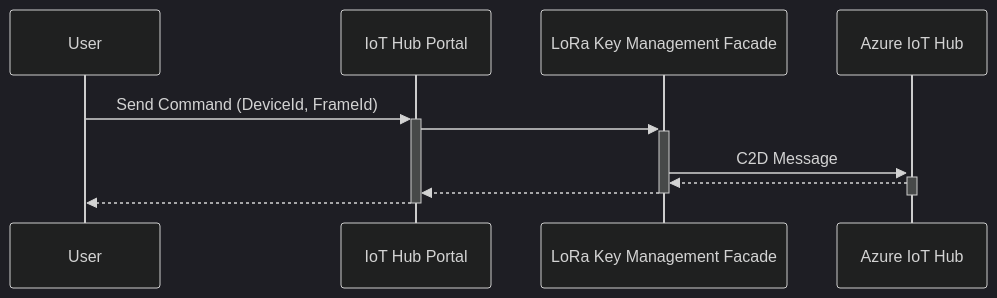
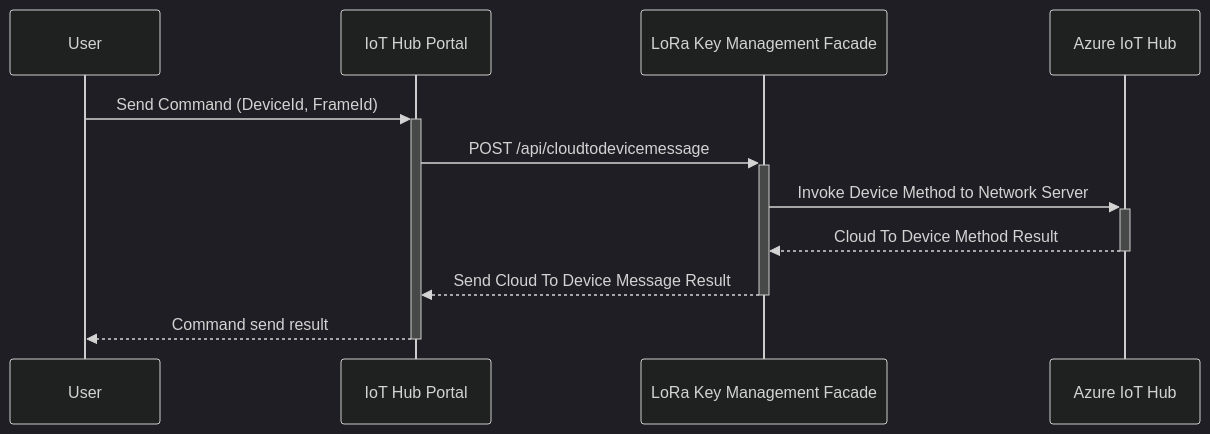
The diagram in concepts.md (CGI-FR/IoT-Hub-Portal), drawn with Mermaid (dark theme) before and after one commit.

Commit message:
Update Device command flow diagram

```diff
--- a/concepts.md
+++ b/concepts.md
@@ -183,9 +183,9 @@
 <div class="mermaid">
 sequenceDiagram
     User->>+IoT Hub Portal: Send Command (DeviceId, FrameId)
-    IoT Hub Portal->>+LoRa Key Management Facade: 
-    LoRa Key Management Facade->>+Azure IoT Hub: C2D Message
-    Azure IoT Hub-->>-LoRa Key Management Facade: 
-    LoRa Key Management Facade-->>-IoT Hub Portal: 
-    IoT Hub Portal-->>-User: 
+    IoT Hub Portal->>+LoRa Key Management Facade: POST /api/cloudtodevicemessage
+    LoRa Key Management Facade->>+Azure IoT Hub: Invoke Device Method to Network Server
+    Azure IoT Hub-->>-LoRa Key Management Facade: Cloud To Device Method Result
+    LoRa Key Management Facade-->>-IoT Hub Portal: Send Cloud To Device Message Result
+    IoT Hub Portal-->>-User: Command send result
 </div>
```
